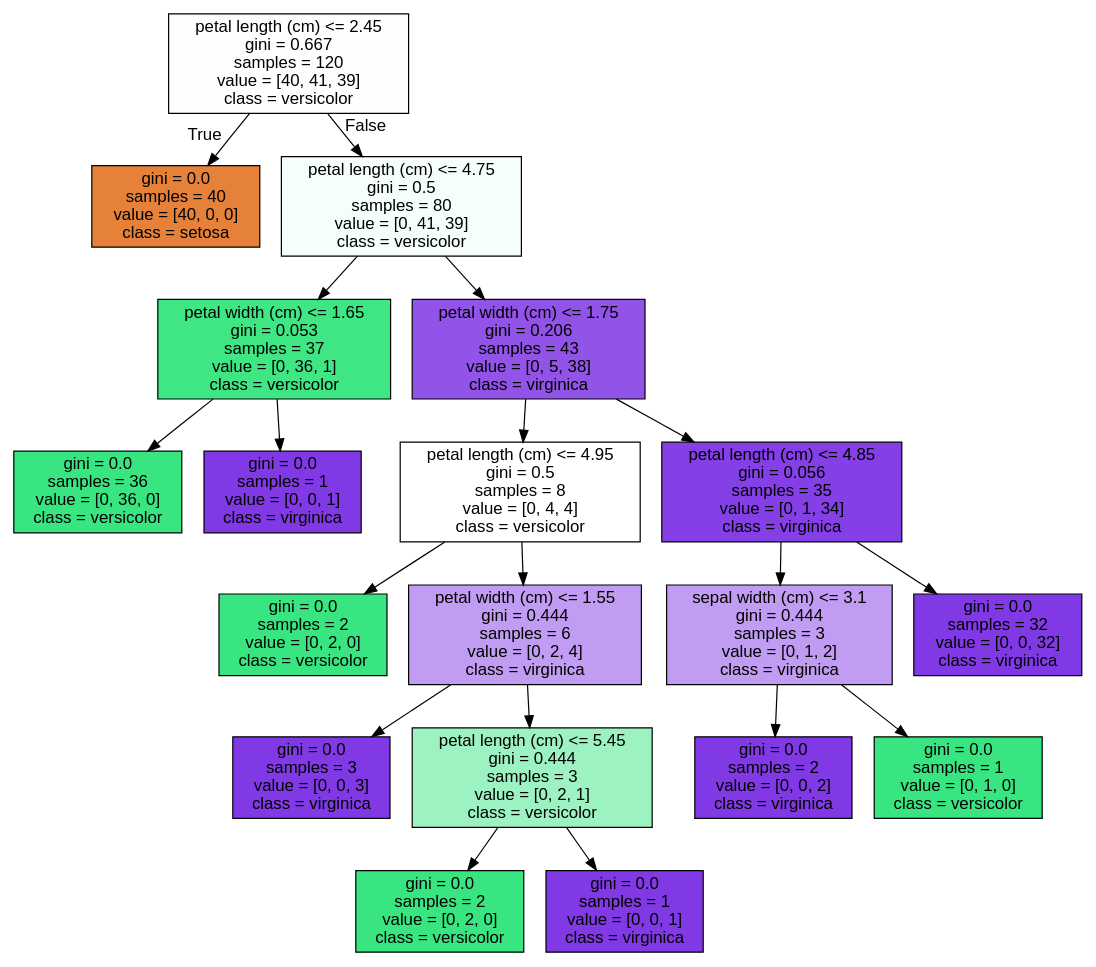
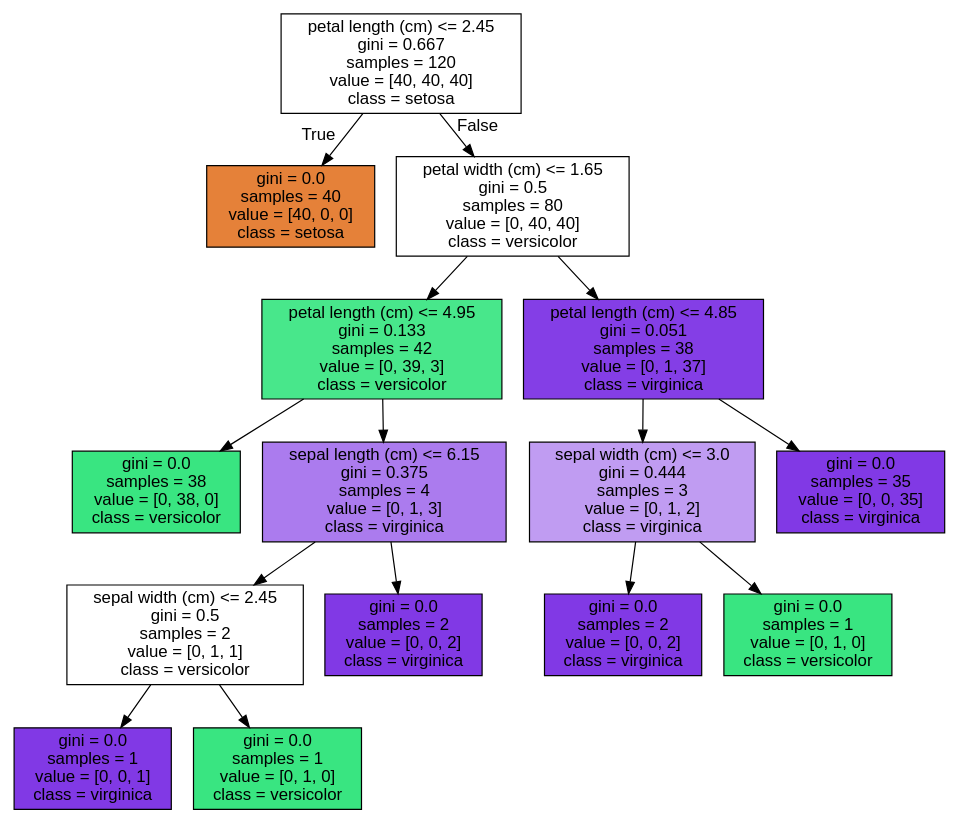
The diagram in 04_분류/tree.dot (Doruco89/17-Machine-Learning), drawn with Graphviz before and after one commit. The commit also changed 6 other files, not shown here.

```diff
--- a/04_분류/tree.dot
+++ b/04_분류/tree.dot
@@ -1,41 +1,33 @@
 digraph Tree {
 node [shape=box, style="filled", color="black", fontname="helvetica"] ;
 edge [fontname="helvetica"] ;
-0 [label="petal length (cm) <= 2.45\ngini = 0.667\nsamples = 120\nvalue = [40, 41, 39]\nclass = versicolor", fillcolor="#fdfffd"] ;
+0 [label="petal length (cm) <= 2.45\ngini = 0.667\nsamples = 120\nvalue = [40, 40, 40]\nclass = setosa", fillcolor="#ffffff"] ;
 1 [label="gini = 0.0\nsamples = 40\nvalue = [40, 0, 0]\nclass = setosa", fillcolor="#e58139"] ;
 0 -> 1 [labeldistance=2.5, labelangle=45, headlabel="True"] ;
-2 [label="petal length (cm) <= 4.75\ngini = 0.5\nsamples = 80\nvalue = [0, 41, 39]\nclass = versicolor", fillcolor="#f5fef9"] ;
+2 [label="petal width (cm) <= 1.65\ngini = 0.5\nsamples = 80\nvalue = [0, 40, 40]\nclass = versicolor", fillcolor="#ffffff"] ;
 0 -> 2 [labeldistance=2.5, labelangle=-45, headlabel="False"] ;
-3 [label="petal width (cm) <= 1.65\ngini = 0.053\nsamples = 37\nvalue = [0, 36, 1]\nclass = versicolor", fillcolor="#3ee684"] ;
+3 [label="petal length (cm) <= 4.95\ngini = 0.133\nsamples = 42\nvalue = [0, 39, 3]\nclass = versicolor", fillcolor="#48e78b"] ;
 2 -> 3 ;
-4 [label="gini = 0.0\nsamples = 36\nvalue = [0, 36, 0]\nclass = versicolor", fillcolor="#39e581"] ;
+4 [label="gini = 0.0\nsamples = 38\nvalue = [0, 38, 0]\nclass = versicolor", fillcolor="#39e581"] ;
 3 -> 4 ;
-5 [label="gini = 0.0\nsamples = 1\nvalue = [0, 0, 1]\nclass = virginica", fillcolor="#8139e5"] ;
+5 [label="sepal length (cm) <= 6.15\ngini = 0.375\nsamples = 4\nvalue = [0, 1, 3]\nclass = virginica", fillcolor="#ab7bee"] ;
 3 -> 5 ;
-6 [label="petal width (cm) <= 1.75\ngini = 0.206\nsamples = 43\nvalue = [0, 5, 38]\nclass = virginica", fillcolor="#9253e8"] ;
-2 -> 6 ;
-7 [label="petal length (cm) <= 4.95\ngini = 0.5\nsamples = 8\nvalue = [0, 4, 4]\nclass = versicolor", fillcolor="#ffffff"] ;
+6 [label="sepal width (cm) <= 2.45\ngini = 0.5\nsamples = 2\nvalue = [0, 1, 1]\nclass = versicolor", fillcolor="#ffffff"] ;
+5 -> 6 ;
+7 [label="gini = 0.0\nsamples = 1\nvalue = [0, 0, 1]\nclass = virginica", fillcolor="#8139e5"] ;
 6 -> 7 ;
-8 [label="gini = 0.0\nsamples = 2\nvalue = [0, 2, 0]\nclass = versicolor", fillcolor="#39e581"] ;
-7 -> 8 ;
-9 [label="petal width (cm) <= 1.55\ngini = 0.444\nsamples = 6\nvalue = [0, 2, 4]\nclass = virginica", fillcolor="#c09cf2"] ;
-7 -> 9 ;
-10 [label="gini = 0.0\nsamples = 3\nvalue = [0, 0, 3]\nclass = virginica", fillcolor="#8139e5"] ;
-9 -> 10 ;
-11 [label="petal length (cm) <= 5.45\ngini = 0.444\nsamples = 3\nvalue = [0, 2, 1]\nclass = versicolor", fillcolor="#9cf2c0"] ;
-9 -> 11 ;
-12 [label="gini = 0.0\nsamples = 2\nvalue = [0, 2, 0]\nclass = versicolor", fillcolor="#39e581"] ;
+8 [label="gini = 0.0\nsamples = 1\nvalue = [0, 1, 0]\nclass = versicolor", fillcolor="#39e581"] ;
+6 -> 8 ;
+9 [label="gini = 0.0\nsamples = 2\nvalue = [0, 0, 2]\nclass = virginica", fillcolor="#8139e5"] ;
+5 -> 9 ;
+10 [label="petal length (cm) <= 4.85\ngini = 0.051\nsamples = 38\nvalue = [0, 1, 37]\nclass = virginica", fillcolor="#843ee6"] ;
+2 -> 10 ;
+11 [label="sepal width (cm) <= 3.0\ngini = 0.444\nsamples = 3\nvalue = [0, 1, 2]\nclass = virginica", fillcolor="#c09cf2"] ;
+10 -> 11 ;
+12 [label="gini = 0.0\nsamples = 2\nvalue = [0, 0, 2]\nclass = virginica", fillcolor="#8139e5"] ;
 11 -> 12 ;
-13 [label="gini = 0.0\nsamples = 1\nvalue = [0, 0, 1]\nclass = virginica", fillcolor="#8139e5"] ;
+13 [label="gini = 0.0\nsamples = 1\nvalue = [0, 1, 0]\nclass = versicolor", fillcolor="#39e581"] ;
 11 -> 13 ;
-14 [label="petal length (cm) <= 4.85\ngini = 0.056\nsamples = 35\nvalue = [0, 1, 34]\nclass = virginica", fillcolor="#853fe6"] ;
-6 -> 14 ;
-15 [label="sepal width (cm) <= 3.1\ngini = 0.444\nsamples = 3\nvalue = [0, 1, 2]\nclass = virginica", fillcolor="#c09cf2"] ;
-14 -> 15 ;
-16 [label="gini = 0.0\nsamples = 2\nvalue = [0, 0, 2]\nclass = virginica", fillcolor="#8139e5"] ;
-15 -> 16 ;
-17 [label="gini = 0.0\nsamples = 1\nvalue = [0, 1, 0]\nclass = versicolor", fillcolor="#39e581"] ;
-15 -> 17 ;
-18 [label="gini = 0.0\nsamples = 32\nvalue = [0, 0, 32]\nclass = virginica", fillcolor="#8139e5"] ;
-14 -> 18 ;
+14 [label="gini = 0.0\nsamples = 35\nvalue = [0, 0, 35]\nclass = virginica", fillcolor="#8139e5"] ;
+10 -> 14 ;
 }
```
